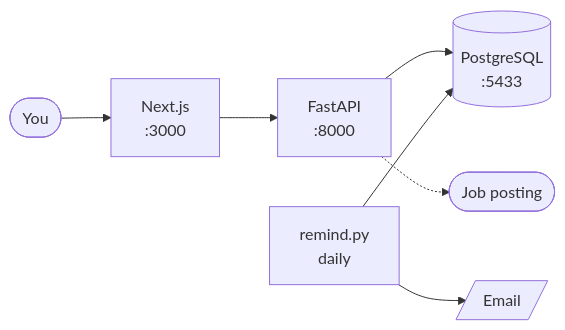
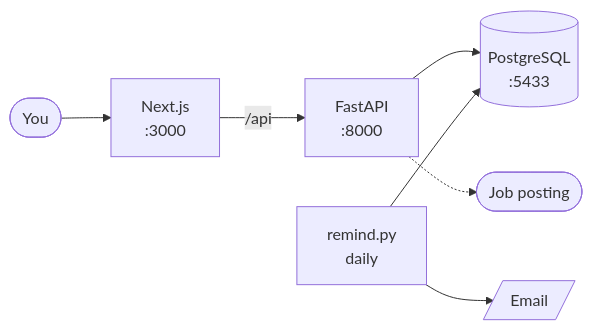
Before and after one commit to Mtrinh123/JobApplicationTracker: the diagram in README.md, drawn with Mermaid. The commit also changed other lines of this file and 13 other files, not shown here.

````diff
--- a/README.md
+++ b/README.md
@@ -21,9 +23,9 @@
 ```mermaid
 flowchart LR
     U([You]) --> FE["Next.js<br/>:3000"]
-    FE --> BE["FastAPI<br/>:8000"]
+    FE -- "/api" --> BE["FastAPI<br/>:8000"]
     BE --> DB[("PostgreSQL<br/>:5433")]
     BE -.-> WEB(["Job posting"])
     R["remind.py<br/>daily"] --> DB
     R --> M[/"Email"/]
 ```
````
